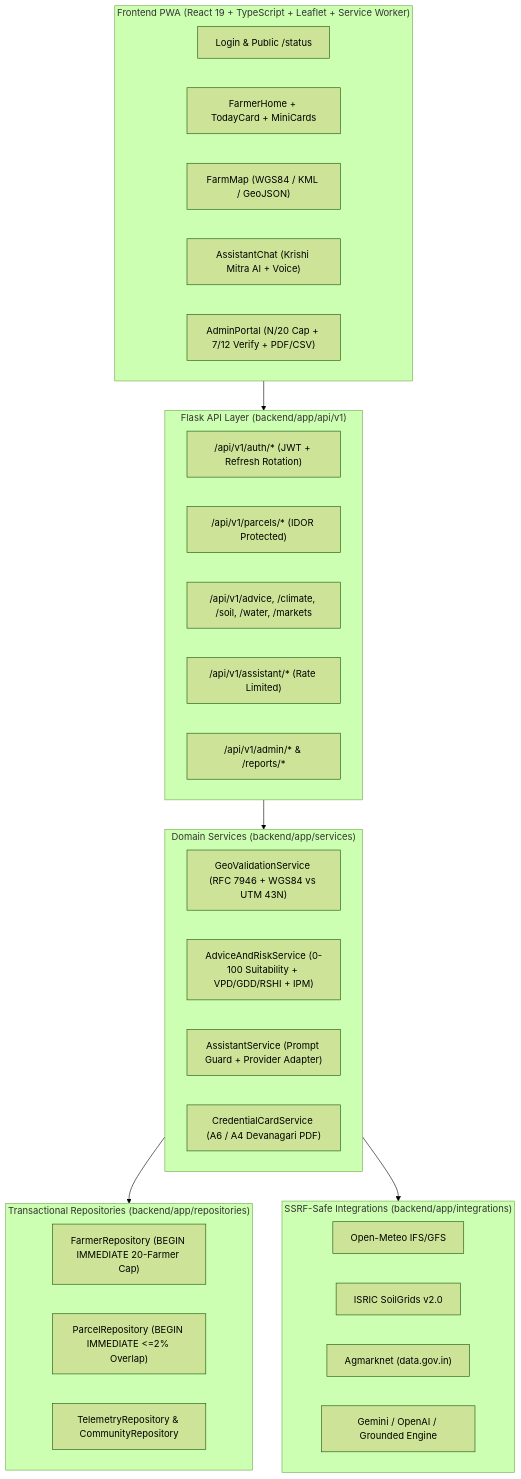
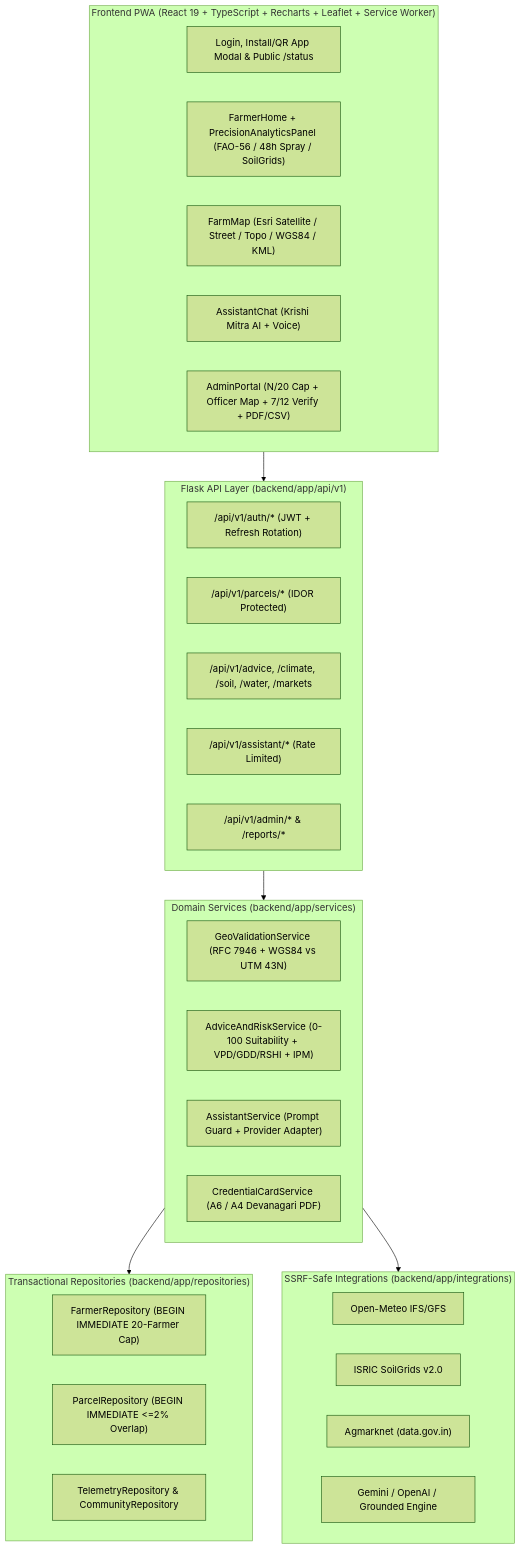
Before and after one commit to haryana2x4/terrawise-ai: the first of 2 diagrams in ARCHITECTURE.md, drawn with Mermaid (forest theme). The commit also changed 28 other files, not shown here.

````diff
--- a/ARCHITECTURE.md
+++ b/ARCHITECTURE.md
@@ -9,43 +9,43 @@
 ```mermaid
 flowchart TD
-    subgraph Client["Frontend PWA (React 19 + TypeScript + Leaflet + Service Worker)"]
-        LoginUI["Login & Public /status"]
-        FarmerUI["FarmerHome + TodayCard + MiniCards"]
-        MapUI["FarmMap (WGS84 / KML / GeoJSON)"]
+    subgraph Client["Frontend PWA (React 19 + TypeScript + Recharts + Leaflet + Service Worker)"]
+        LoginUI["Login, Install/QR App Modal & Public /status"]
+        FarmerUI["FarmerHome + PrecisionAnalyticsPanel (FAO-56 / 48h Spray / SoilGrids)"]
+        MapUI["FarmMap (Esri Satellite / Street / Topo / WGS84 / KML)"]
         ChatUI["AssistantChat (Krishi Mitra AI + Voice)"]
-        AdminUI["AdminPortal (N/20 Cap + 7/12 Verify + PDF/CSV)"]
+        AdminUI["AdminPortal (N/20 Cap + Officer Map + 7/12 Verify + PDF/CSV)"]
     end
 
     subgraph API["Flask API Layer (backend/app/api/v1)"]
         AuthRoutes["/api/v1/auth/* (JWT + Refresh Rotation)"]
         ParcelRoutes["/api/v1/parcels/* (IDOR Protected)"]
         AdviceRoutes["/api/v1/advice, /climate, /soil, /water, /markets"]
         BotRoutes["/api/v1/assistant/* (Rate Limited)"]
         AdminRoutes["/api/v1/admin/* & /reports/*"]
     end
 
     subgraph Services["Domain Services (backend/app/services)"]
         GeoSvc["GeoValidationService (RFC 7946 + WGS84 vs UTM 43N)"]
         AdviceSvc["AdviceAndRiskService (0-100 Suitability + VPD/GDD/RSHI + IPM)"]
         BotSvc["AssistantService (Prompt Guard + Provider Adapter)"]
         CardSvc["CredentialCardService (A6 / A4 Devanagari PDF)"]
     end
 
     subgraph Repos["Transactional Repositories (backend/app/repositories)"]
         FarmerRepo["FarmerRepository (BEGIN IMMEDIATE 20-Farmer Cap)"]
         ParcelRepo["ParcelRepository (BEGIN IMMEDIATE <=2% Overlap)"]
         TeleRepo["TelemetryRepository & CommunityRepository"]
     end
 
     subgraph Integrations["SSRF-Safe Integrations (backend/app/integrations)"]
         OpenMeteo["Open-Meteo IFS/GFS"]
         SoilGrids["ISRIC SoilGrids v2.0"]
         Agmarknet["Agmarknet (data.gov.in)"]
         LLMs["Gemini / OpenAI / Grounded Engine"]
     end
 
     Client --> API
     API --> Services
     Services --> Repos
     Services --> Integrations
 ```
````
